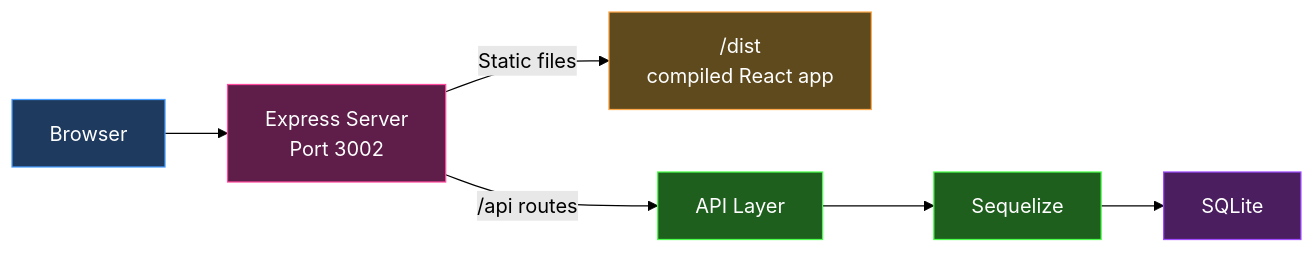
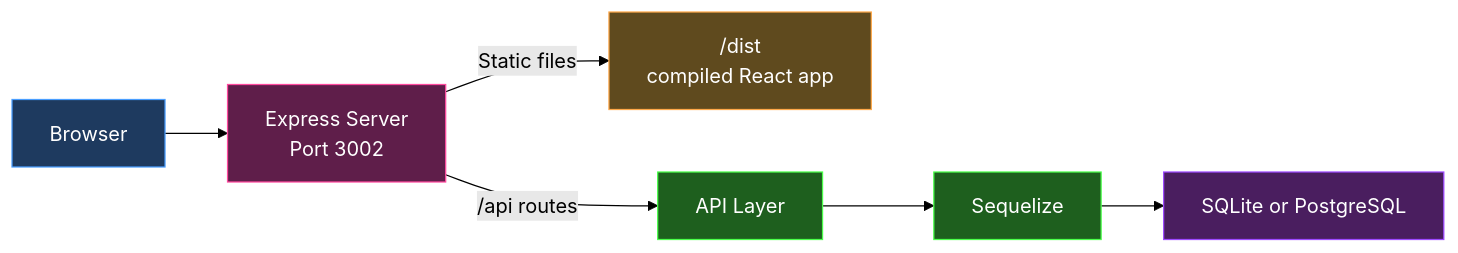
The second of 3 diagrams in docs/architecture.md (chrisvel/tududi), drawn with Mermaid (forest theme) before and after one commit. The commit also changed other lines of this file and 65 other files, not shown here.

First line of the commit message:
feat(db): add PostgreSQL support alongside SQLite (#1466)

````diff
--- a/docs/architecture.md
+++ b/docs/architecture.md
@@ -64,15 +64,15 @@
 ```mermaid
 graph LR
     Browser["Browser"] --> Express["Express Server<br>Port 3002"]
     Express -->|Static files| Dist["/dist<br>compiled React app"]
     Express -->|/api routes| API["API Layer"]
     API --> Sequelize["Sequelize"]
-    Sequelize --> SQLite["SQLite"]
+    Sequelize --> Database["SQLite or PostgreSQL"]
 
     style Browser fill:#1e3a5f,stroke:#4a9eff,color:#fff
     style Express fill:#5f1e4a,stroke:#ff4a9e,color:#fff
     style Dist fill:#5f4a1e,stroke:#ffa94a,color:#fff
     style API fill:#1e5f1e,stroke:#4aff4a,color:#fff
     style Sequelize fill:#1e5f1e,stroke:#4aff4a,color:#fff
-    style SQLite fill:#4a1e5f,stroke:#9e4aff,color:#fff
+    style Database fill:#4a1e5f,stroke:#9e4aff,color:#fff
 ```
````
